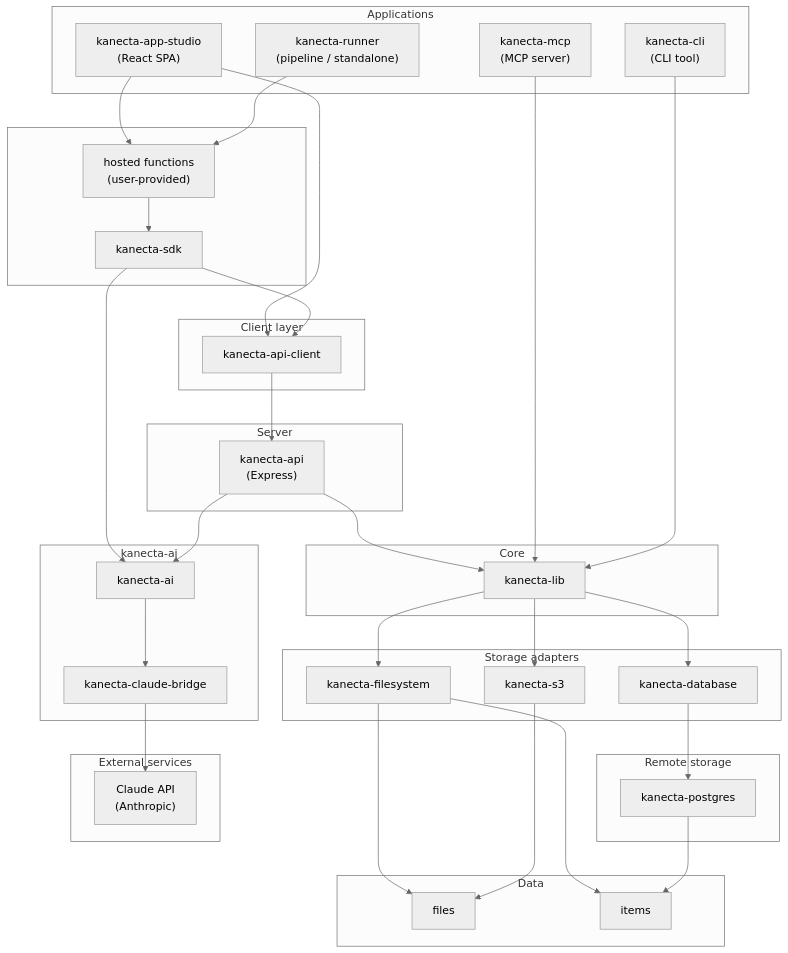
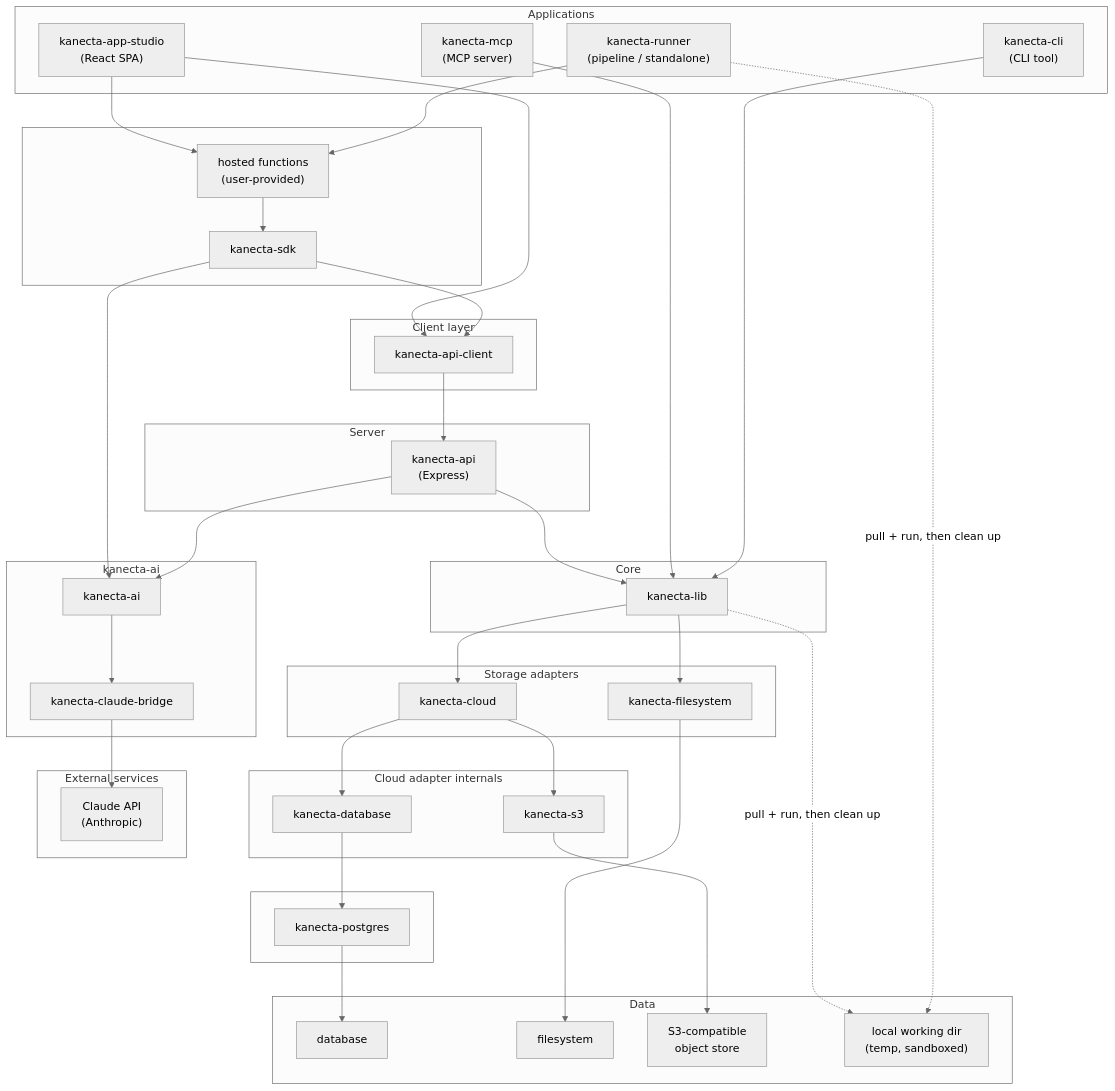
One commit to cloudsculptor/kanecta changed the diagram in kanecta-docs/architecture.adoc. Above: the diagram before and after it, drawn with Mermaid (neutral theme). The commit also changed other lines of this file and 39 other files, not shown here.

```diff
--- a/kanecta-docs/architecture.adoc
+++ b/kanecta-docs/architecture.adoc
@@ -42,17 +42,23 @@
 
     subgraph storage["Storage adapters"]
         FS["kanecta-filesystem"]
+        Cloud["kanecta-cloud"]
+    end
+
+    subgraph cloud_internals["Cloud adapter internals"]
         DB["kanecta-database"]
         S3["kanecta-s3"]
     end
 
-    subgraph remote["Remote storage"]
+    subgraph remote[" "]
         PG["kanecta-postgres"]
     end
 
     subgraph data["Data"]
-        Files["files"]
-        Items["items"]
+        Database["database"]
+        Filesystem["filesystem"]
+        ObjectStore["S3-compatible<br/>object store"]
+        LocalTemp["local working dir<br/>(temp, sandboxed)"]
     end
 
     subgraph external["External services"]
@@ -73,12 +79,15 @@
     CLI --> Lib
 
     Lib --> FS
-    Lib --> DB
-    Lib --> S3
+    Lib --> Cloud
+    Cloud --> DB
+    Cloud --> S3
     DB --> PG
 
-    FS --> Files
-    FS --> Items
-    S3 --> Files
-    PG --> Items
+    FS --> Filesystem
+    S3 --> ObjectStore
+    PG --> Database
+
+    Lib -.->|pull + run, then clean up| LocalTemp
+    Runner -.->|pull + run, then clean up| LocalTemp
 ....
```
